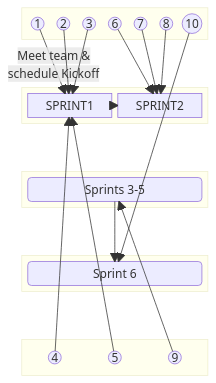
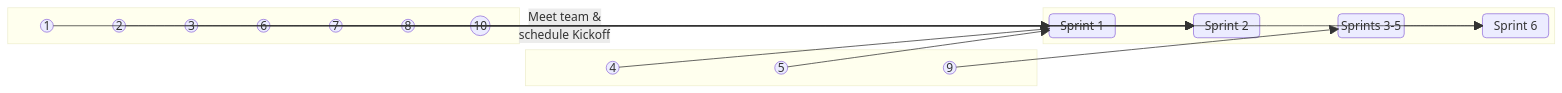
The diagram in README.md (jdmedlock/mermaid_testing), drawn with Mermaid before and after one commit.

Commit message:
Feature: Recreate linear sprint diagram

````diff
--- a/README.md
+++ b/README.md
@@ -4,46 +4,43 @@
 ```mermaid
   block-beta
-    columns 1
+    columns 3
     block:ANNOTATIONSTOP
       A1(("1"))
       A2(("2"))
       A3(("3"))
       A6(("6"))
       A7(("7"))
       A8(("8"))
       A10(("10"))
     end
     space
-    block:SPRINTS12
-      SPRINT1
-      SPRINT2
-    end
-    space
-    block:SPRINTS35
+    block:SPRINTS
+      SPRINT1("Sprint 1")
+      space
+      SPRINT2("Sprint 2")
+      space
       SPRINT35("Sprints 3-5")
-    end
-    space
-    block:SPRINTS6
+      space
       SPRINT6("Sprint 6")
     end
     space
       block:ANNOTATIONSBOTTOM
       A4(("4"))
       A5(("5"))
       A9(("9"))
     end
 
     SPRINT1 --> SPRINT2
     SPRINT35 --> SPRINT6
 
     A1 -- "Meet team &</br>schedule Kickoff" --> SPRINT1
     A2 ----> SPRINT1
     A3 ----> SPRINT1
     A4 ----> SPRINT1
     A5 ----> SPRINT1
     A6 ----> SPRINT2
     A7 ----> SPRINT2
     A8 ----> SPRINT2
     A9 ----> SPRINT35
     A10 ----> SPRINT6
 ```
````
